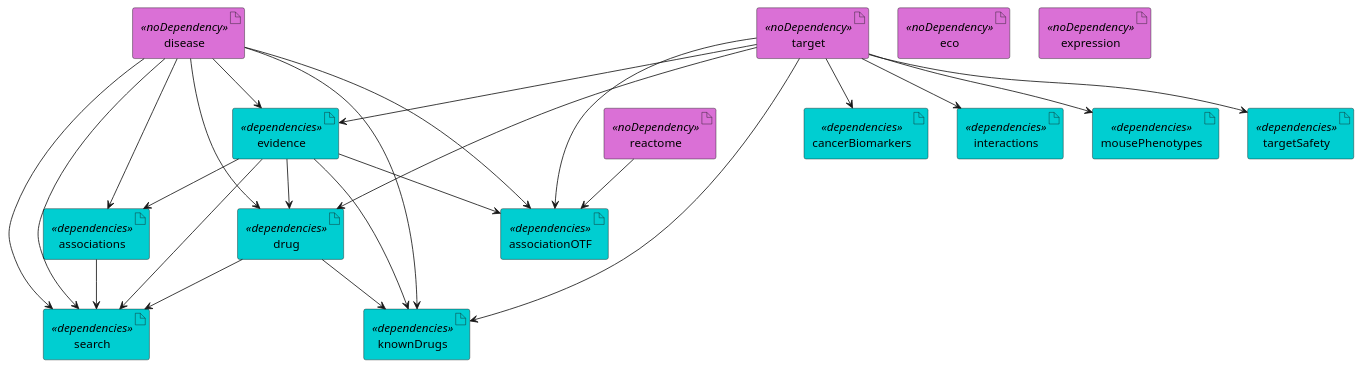
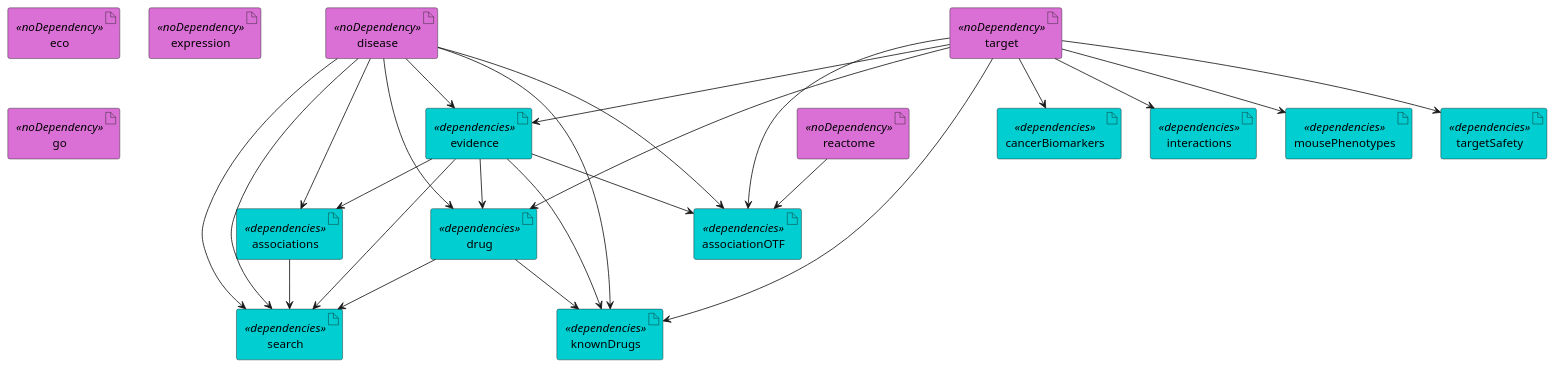
The diagram in documentation/etl_current.puml (opentargets/platform-etl-backend), drawn with PlantUML before and after one commit. The commit also changed 11 other files, not shown here.

```diff
--- a/documentation/etl_current.puml
+++ b/documentation/etl_current.puml
@@ -1,60 +1,61 @@
 @startuml
 skinparam interface {
     backgroundColor<<input>> darkblue
     backgroundColor<<output>> cyan
 }
 skinparam artifact {
      backgroundColor<<noDependency>> orchid
      backgroundColor<<dependencies>> darkturquoise
  }
 ' steps
 artifact associations <<dependencies>>
 artifact associationOTF <<dependencies>>
 artifact cancerBiomarkers <<dependencies>>
 artifact disease <<noDependency>>
 artifact drug <<dependencies>>
 artifact eco <<noDependency>>
 artifact evidence <<dependencies>>
 artifact expression <<noDependency>>
+artifact go <<noDependency>>
 artifact interactions <<dependencies>>
 artifact knownDrugs <<dependencies>>
 artifact mousePhenotypes <<dependencies>>
 artifact reactome <<noDependency>>
 artifact search <<dependencies>>
 artifact target <<noDependency>>
 artifact targetSafety <<dependencies>>
 
 target --> targetSafety
 
 evidence --> associations
 disease --> associations
 
 reactome --> associationOTF
 evidence --> associationOTF
 disease --> associationOTF
 target --> associationOTF
 
 target --> cancerBiomarkers
 
 target --> mousePhenotypes
 
 target --> drug
 disease --> drug
 evidence --> drug
 target --> evidence
 disease --> evidence
 
 evidence --> knownDrugs
 disease --> knownDrugs
 target --> knownDrugs
 drug --> knownDrugs
 
 evidence --> search
 disease --> search
 disease --> search
 drug --> search
 associations --> search
 
 target --> interactions
 
 @enduml
```
